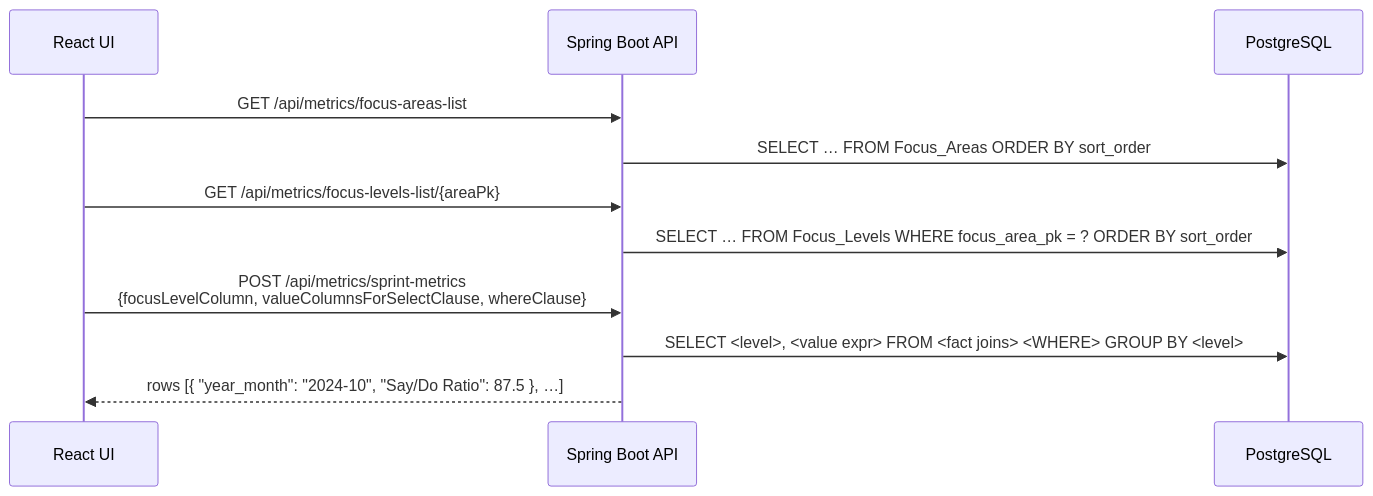
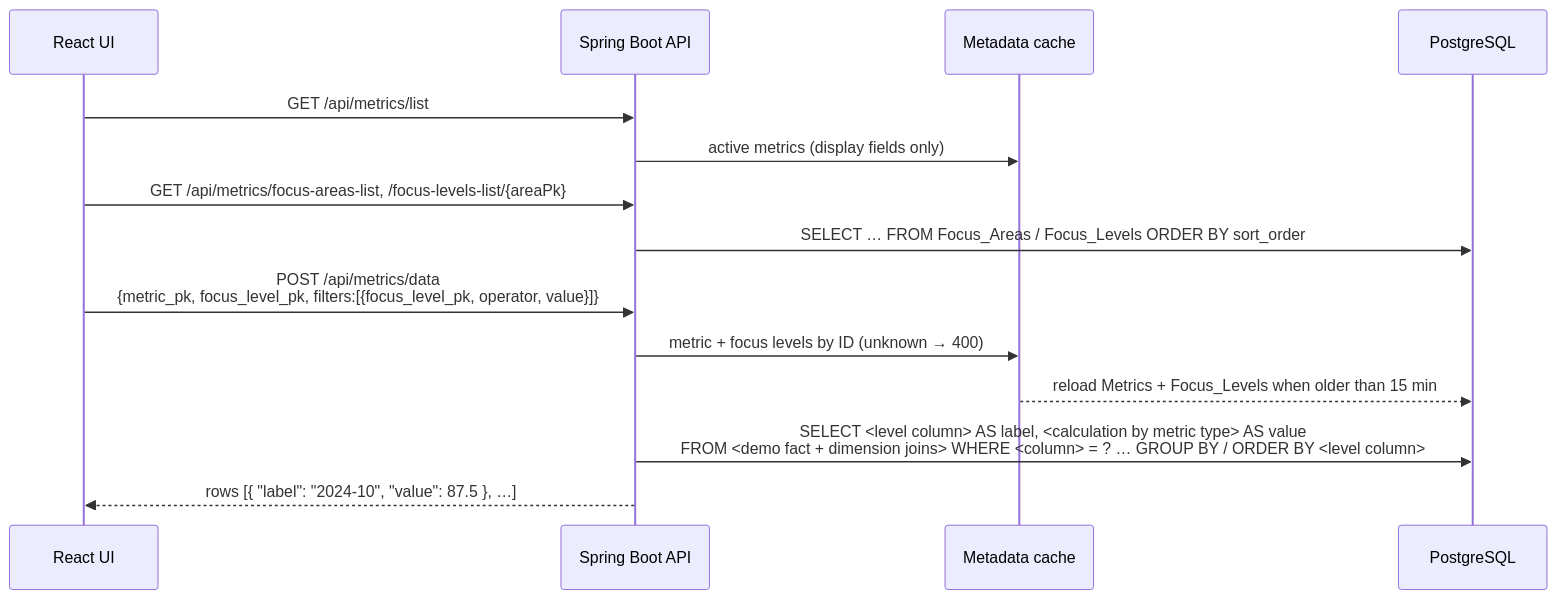
One commit to mjshoemake/prism changed the fourth of 4 diagrams in REST/docs/OVERVIEW.md. Above: the diagram before and after it, drawn with Mermaid. The commit also changed other lines of this file and 36 other files, not shown here.

````diff
--- a/REST/docs/OVERVIEW.md
+++ b/REST/docs/OVERVIEW.md
@@ -199,13 +354,16 @@
 ```mermaid
 sequenceDiagram
     participant UI as React UI
     participant API as Spring Boot API
+    participant Cache as Metadata cache
     participant DB as PostgreSQL
-    UI->>API: GET /api/metrics/focus-areas-list
-    API->>DB: SELECT … FROM Focus_Areas ORDER BY sort_order
-    UI->>API: GET /api/metrics/focus-levels-list/{areaPk}
-    API->>DB: SELECT … FROM Focus_Levels WHERE focus_area_pk = ? ORDER BY sort_order
-    UI->>API: POST /api/metrics/sprint-metrics<br/>{focusLevelColumn, valueColumnsForSelectClause, whereClause}
-    API->>DB: SELECT <level>, <value expr> FROM <fact joins> <WHERE> GROUP BY <level>
-    API-->>UI: rows [{ "year_month": "2024-10", "Say/Do Ratio": 87.5 }, …]
+    UI->>API: GET /api/metrics/list
+    API->>Cache: active metrics (display fields only)
+    UI->>API: GET /api/metrics/focus-areas-list, /focus-levels-list/{areaPk}
+    API->>DB: SELECT … FROM Focus_Areas / Focus_Levels ORDER BY sort_order
+    UI->>API: POST /api/metrics/data<br/>{metric_pk, focus_level_pk, filters:[{focus_level_pk, operator, value}]}
+    API->>Cache: metric + focus levels by ID (unknown → 400)
+    Cache-->>DB: reload Metrics + Focus_Levels when older than 15 min
+    API->>DB: SELECT <level column> AS label, <calculation by metric type> AS value<br/>FROM <demo fact + dimension joins> WHERE <column> = ? … GROUP BY / ORDER BY <level column>
+    API-->>UI: rows [{ "label": "2024-10", "value": 87.5 }, …]
 ```
````
